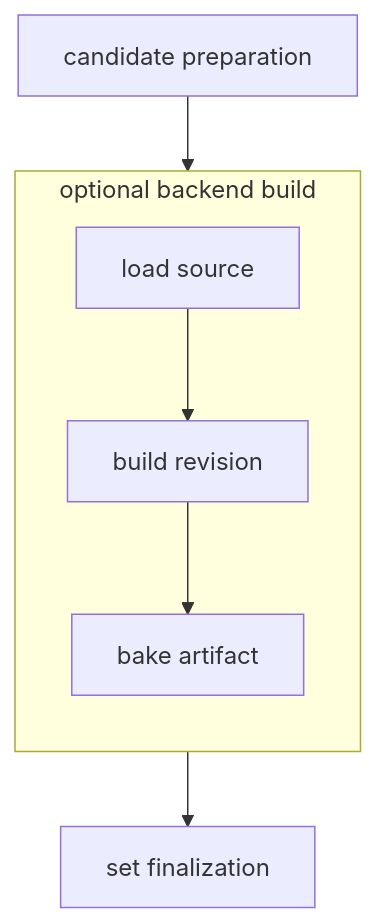
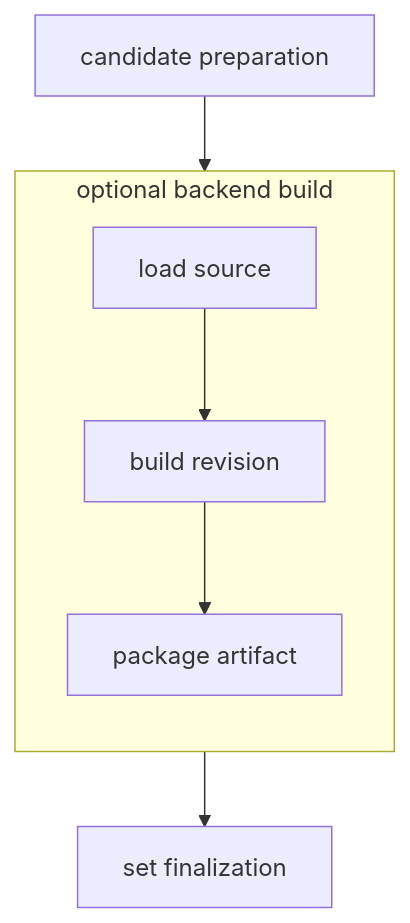
The eighth of 12 diagrams in skills/authoring/diagrams-and-tables/references/worked-examples.md (jonasferagen/agent-skills), drawn with Mermaid before and after one commit. The commit also changed other lines of this file and 95 other files, not shown here.

````diff
--- a/skills/authoring/diagrams-and-tables/references/worked-examples.md
+++ b/skills/authoring/diagrams-and-tables/references/worked-examples.md
@@ -154,10 +155,10 @@
 ```mermaid
 flowchart TB
   P["candidate preparation"] --> B0
   subgraph Build [optional backend build]
     direction TB
     B0["load source"] --> B1["build revision"]
-    B1 --> B2["bake artifact"]
+    B1 --> B2["package artifact"]
   end
   B2 --> F["set finalization"]
 ```
````
